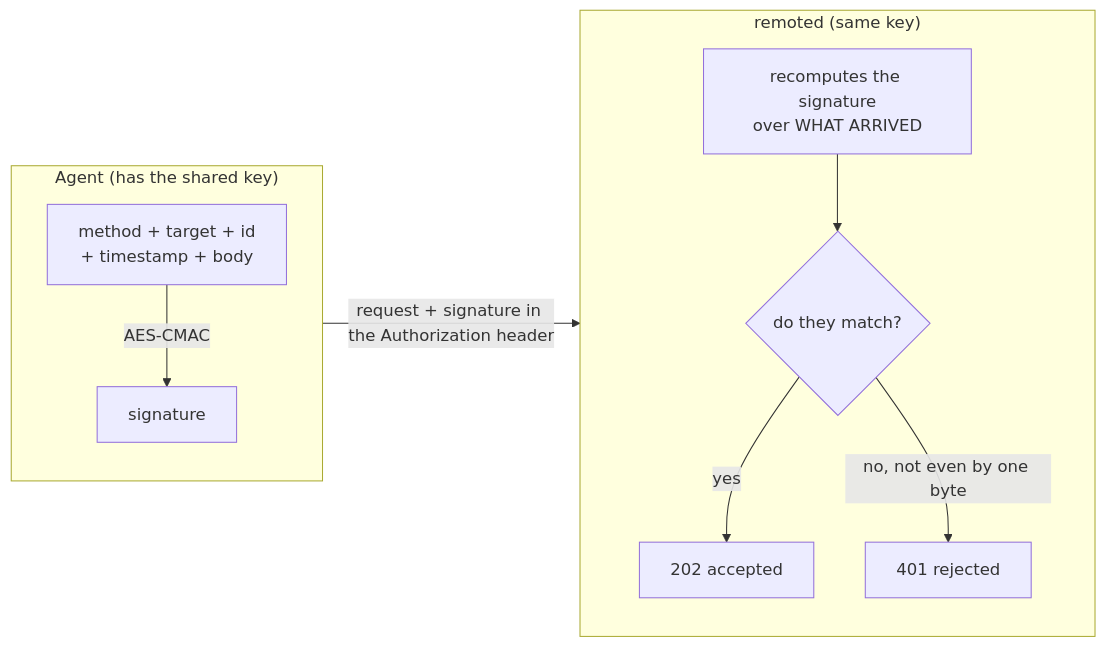
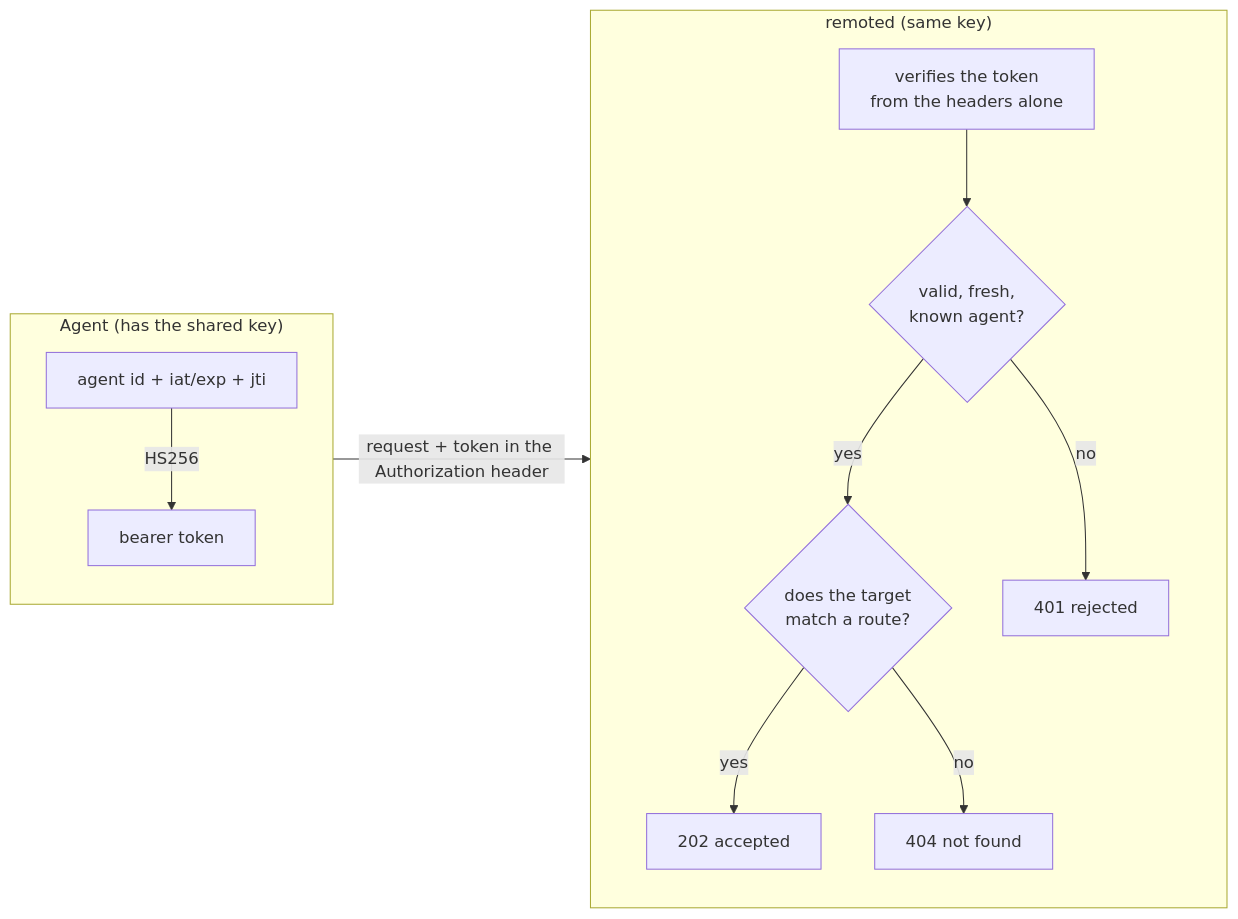
The second of 9 diagrams in docs/ref/modules/remoted/load-balancers/README.md (wazuh/wazuh), drawn with Mermaid before and after one commit. The commit also changed other lines of this file and 31 other files, not shown here.

First line of the commit message:
docs(remoted): document the wazuh-agent+jwt / wazuh-enroll+jwt bearer profiles (#38582)

````diff
--- a/docs/ref/modules/remoted/load-balancers/README.md
+++ b/docs/ref/modules/remoted/load-balancers/README.md
@@ -48,12 +48,14 @@
 ```mermaid
 flowchart LR
     subgraph AG["Agent (has the shared key)"]
-      L["method + target + id<br/>+ timestamp + body"] -->|"AES-CMAC"| H["signature"]
+      L["agent id + iat/exp + jti"] -->|"HS256"| H["bearer token"]
     end
-    AG -->|"request + signature in the Authorization header"| M
+    AG -->|"request + token in the Authorization header"| M
     subgraph M["remoted (same key)"]
-      L2["recomputes the signature<br/>over WHAT ARRIVED"] --> C{"do they match?"}
-      C -->|"yes"| OK["202 accepted"]
-      C -->|"no, not even by one byte"| KO["401 rejected"]
+      L2["verifies the token<br/>from the headers alone"] --> C{"valid, fresh,<br/>known agent?"}
+      C -->|"yes"| R{"does the target<br/>match a route?"}
+      R -->|"yes"| OK["202 accepted"]
+      R -->|"no"| NF["404 not found"]
+      C -->|"no"| KO["401 rejected"]
     end
 ```
````
